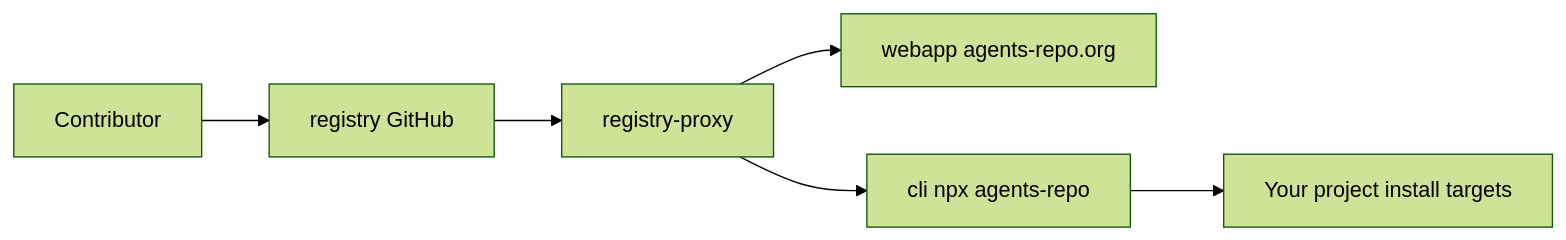
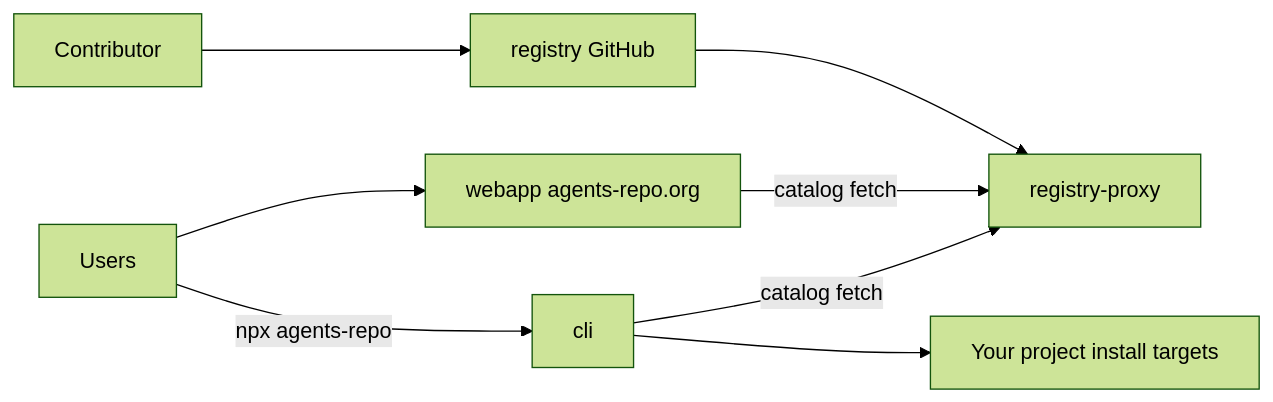
One commit to agents-repo/.github changed the diagram in profile/README.md. Above: the diagram before and after it, drawn with Mermaid (forest theme). The commit also changed other lines of this file and 1 other file, not shown here.

Commit message:
docs: clarify ecosystem diagram fetch direction and overrides
Label catalog fetches from webapp/CLI to proxy, document overridable
registry URLs, and show local build/push before merge in publish flow.

````diff
--- a/profile/README.md
+++ b/profile/README.md
@@ -26,8 +27,10 @@
 ```mermaid
 flowchart LR
   Contributor --> Registry[registry GitHub]
   Registry --> Proxy[registry-proxy]
-  Proxy --> Webapp[webapp agents-repo.org]
-  Proxy --> CLI[cli npx agents-repo]
+  User[Users] --> Site[webapp agents-repo.org]
+  Site -->|catalog fetch| Proxy
+  User -->|npx agents-repo| CLI[cli]
+  CLI -->|catalog fetch| Proxy
   CLI --> Project[Your project install targets]
 ```
````
